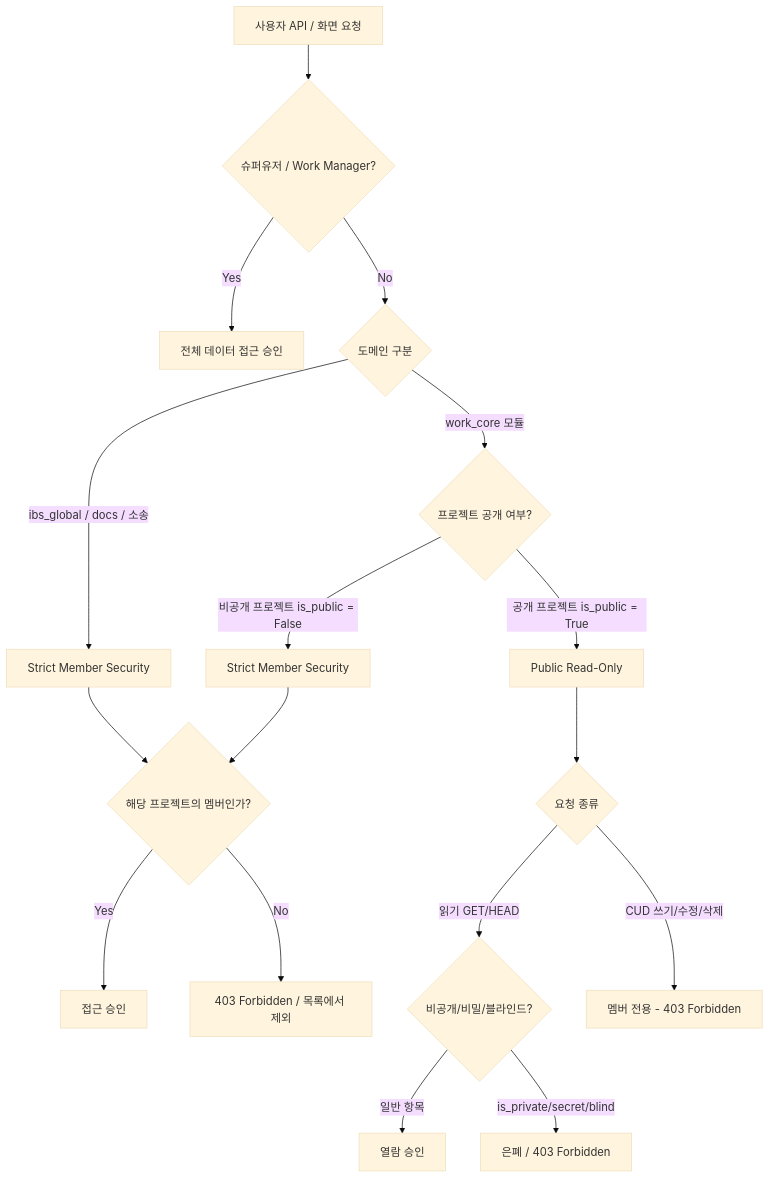
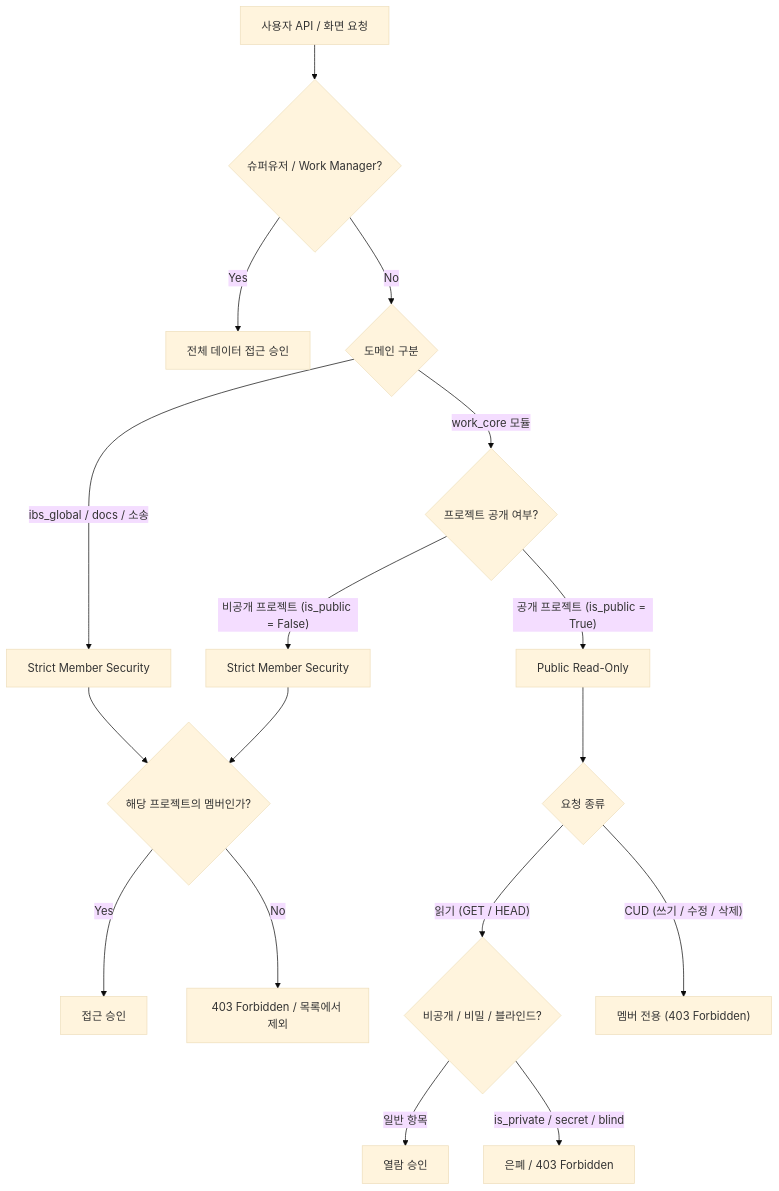
Before and after one commit to nc2U/ibs: the diagram in app/vue/docs/intro/security-policy.md, drawn with Mermaid (base theme). The commit also changed 1 other file, not shown here.

Commit message:
docs api update

````diff
--- a/app/vue/docs/intro/security-policy.md
+++ b/app/vue/docs/intro/security-policy.md
@@ -13,19 +13,22 @@
 ```mermaid
 flowchart TD
-    A[사용자 API / 화면 요청] --> B{슈퍼유저 / Work Manager?}
-    B -- Yes --> C[전체 데이터 접근 승인]
-    B -- No --> D{도메인 구분}
-    D -- ibs_global / docs / 소송 --> E[Strict Member Security]
-    E --> E1{해당 프로젝트의 멤버인가?}
-    E1 -- Yes --> E2[접근 승인]
-    E1 -- No --> E3[403 Forbidden / 목록에서 제외]
-    D -- work_core 모듈 --> F{프로젝트 공개 여부?}
-    F -- 공개 프로젝트 is_public = True --> G[Public Read-Only]
-    G --> G1{요청 종류}
-    G1 -- 읽기 GET/HEAD --> G2{비공개/비밀/블라인드?}
-    G2 -- 일반 항목 --> G3[열람 승인]
-    G2 -- is_private/secret/blind --> G4[은폐 / 403 Forbidden]
-    G1 -- CUD 쓰기/수정/삭제 --> G5[멤버 전용 - 403 Forbidden]
-    F -- 비공개 프로젝트 is_public = False --> H[Strict Member Security]
+    A["사용자 API / 화면 요청"] --> B{"슈퍼유저 / Work Manager?"}
+    B -- Yes --> C["전체 데이터 접근 승인"]
+    B -- No --> D{"도메인 구분"}
+
+    D -- "ibs_global / docs / 소송" --> E["Strict Member Security"]
+    E --> E1{"해당 프로젝트의 멤버인가?"}
+    E1 -- Yes --> E2["접근 승인"]
+    E1 -- No --> E3["403 Forbidden / 목록에서 제외"]
+
+    D -- "work_core 모듈" --> F{"프로젝트 공개 여부?"}
+    F -- "공개 프로젝트 (is_public = True)" --> G["Public Read-Only"]
+    G --> G1{"요청 종류"}
+    G1 -- "읽기 (GET / HEAD)" --> G2{"비공개 / 비밀 / 블라인드?"}
+    G2 -- "일반 항목" --> G3["열람 승인"]
+    G2 -- "is_private / secret / blind" --> G4["은폐 / 403 Forbidden"]
+    G1 -- "CUD (쓰기 / 수정 / 삭제)" --> G5["멤버 전용 (403 Forbidden)"]
+
+    F -- "비공개 프로젝트 (is_public = False)" --> H["Strict Member Security"]
     H --> E1
 ```
````
